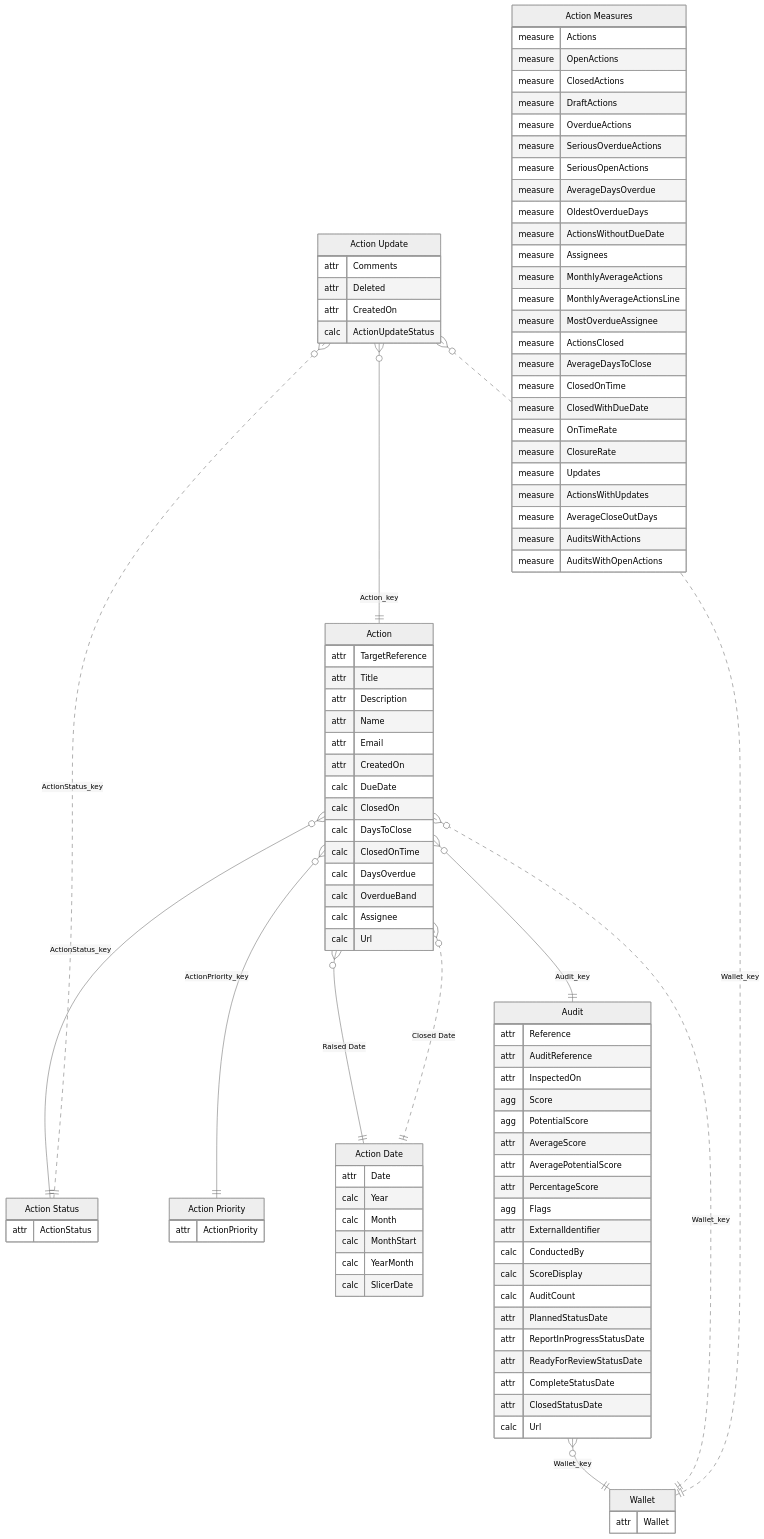
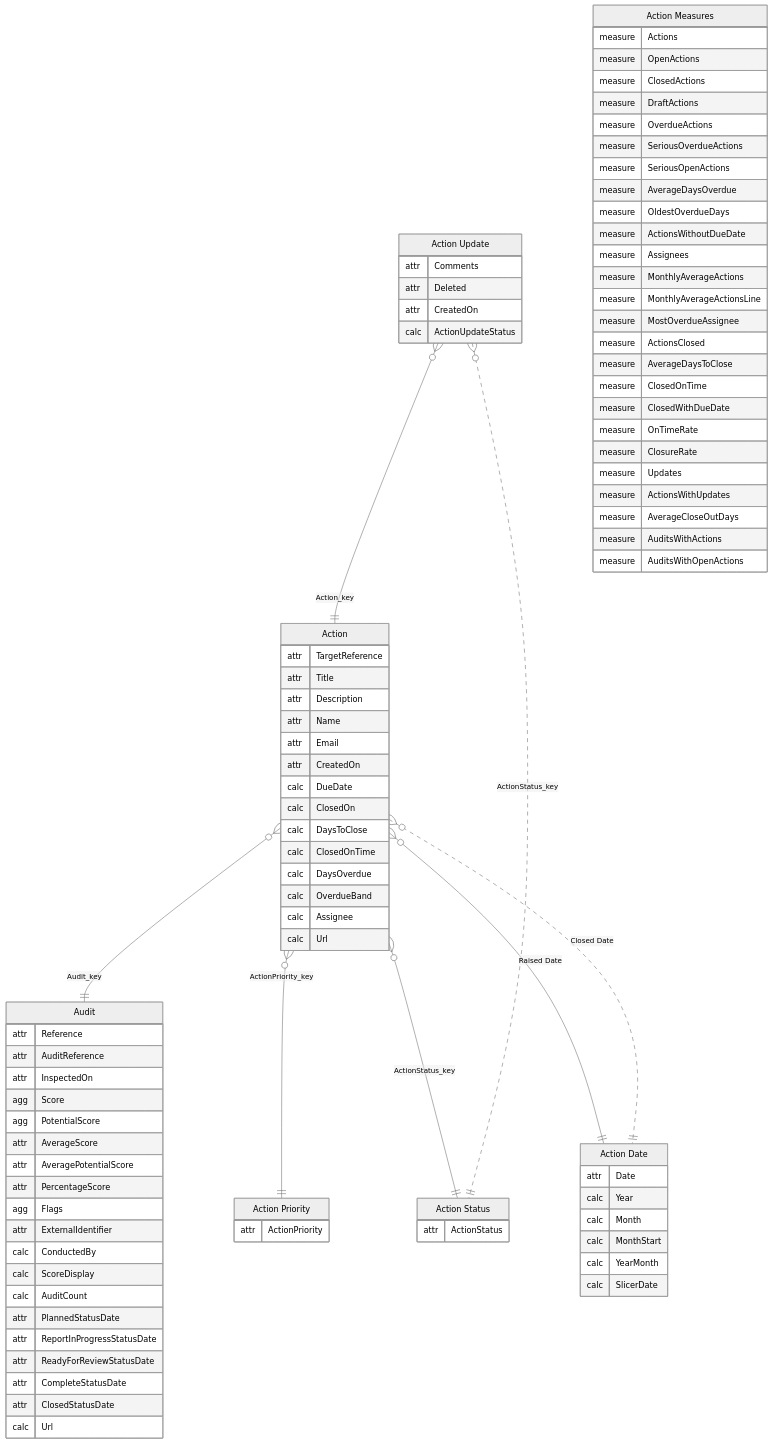
One commit to work-wallet/BIClient changed diagram 11 of 11 in PowerBISamplesModels/Audits.md. Above: the diagram before and after it, drawn with Mermaid. The commit also changed 2 other files, not shown here.

Commit message:
chore(power-bi): Power BI Desktop save of Audits (no functional change)
Desktop linguistic metadata for the new action tables, a tidied Actions diagram page (Wallet removed) and the regenerated model docs.

````diff
--- a/PowerBISamplesModels/Audits.md
+++ b/PowerBISamplesModels/Audits.md
@@ -601,9 +601,6 @@
         attr ClosedStatusDate
         calc Url
     }
-    "Wallet" {
-        attr Wallet
-    }
     "Action Measures" {
         measure Actions
         measure OpenActions
@@ -631,14 +628,11 @@
         measure AuditsWithActions
         measure AuditsWithOpenActions
     }
-    "Audit" }o--|| "Wallet" : "Wallet_key"
     "Action" }o--|| "Audit" : "Audit_key"
     "Action" }o--|| "Action Priority" : "ActionPriority_key"
     "Action" }o--|| "Action Status" : "ActionStatus_key"
     "Action Update" }o--|| "Action" : "Action_key"
     "Action Update" }o..|| "Action Status" : "ActionStatus_key"
-    "Action" }o..|| "Wallet" : "Wallet_key"
-    "Action Update" }o..|| "Wallet" : "Wallet_key"
     "Action" }o--|| "Action Date" : "Raised Date"
     "Action" }o..|| "Action Date" : "Closed Date"
 ```
````
